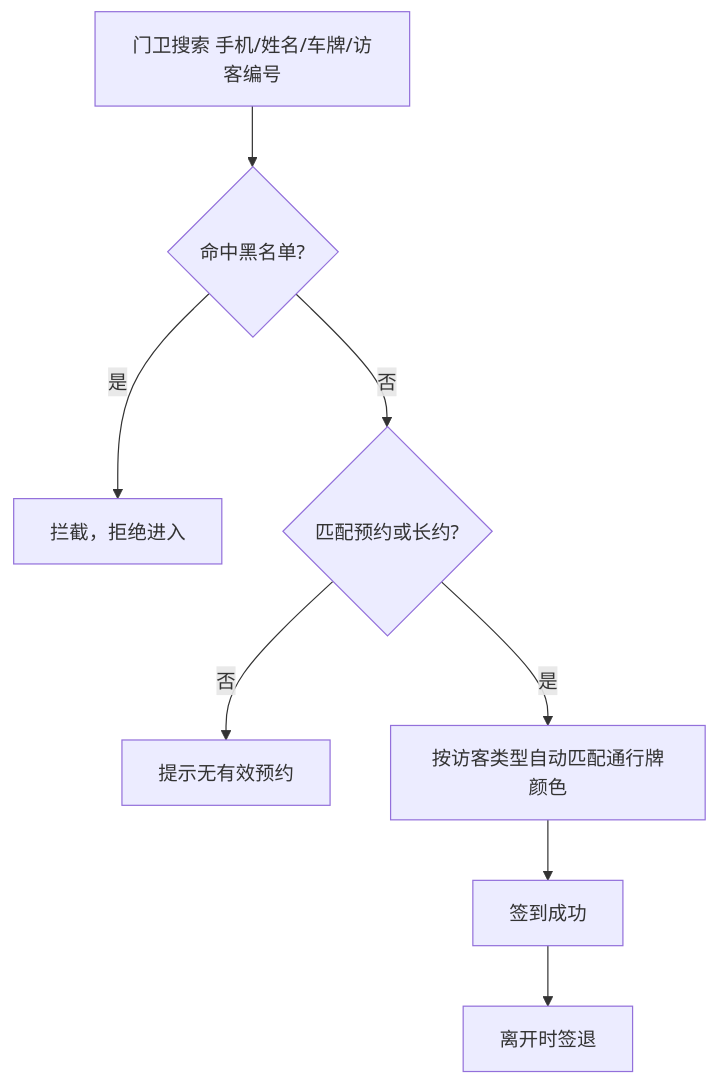
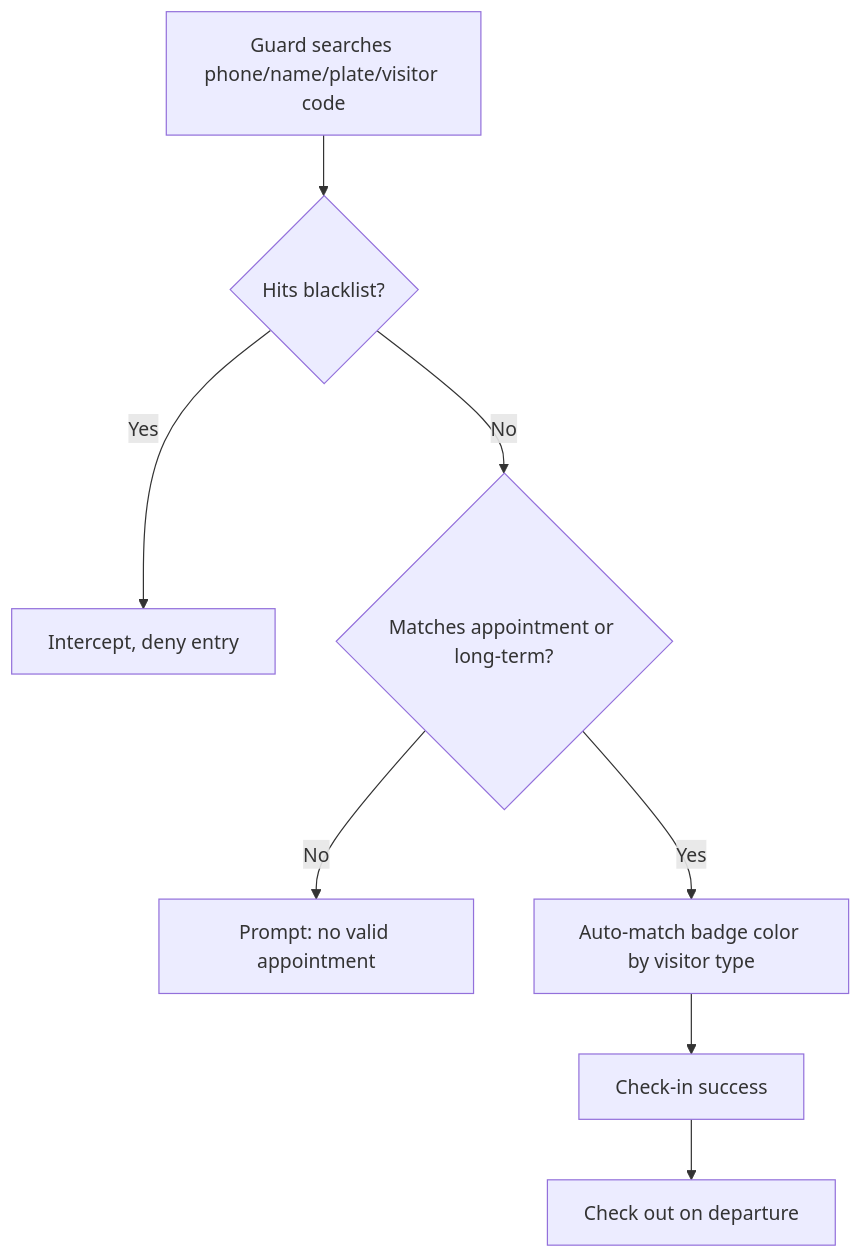
Before and after one commit to wangjiongwei8/visitor-management: the second of 2 diagrams in README.md, drawn with Mermaid. The commit also changed other lines of this file and 13 other files, not shown here.

````diff
--- a/README.md
+++ b/README.md
@@ -76,10 +78,10 @@
 ```mermaid
 flowchart TD
-    A[门卫搜索 手机/姓名/车牌/访客编号] --> B{命中黑名单?}
-    B -->|是| X[拦截，拒绝进入]
-    B -->|否| C{匹配预约或长约?}
-    C -->|否| Y[提示无有效预约]
-    C -->|是| D[按访客类型自动匹配通行牌颜色]
-    D --> E[签到成功]
-    E --> F[离开时签退]
+    A[Guard searches phone/name/plate/visitor code] --> B{Hits blacklist?}
+    B -->|Yes| X[Intercept, deny entry]
+    B -->|No| C{Matches appointment or long-term?}
+    C -->|No| Y[Prompt: no valid appointment]
+    C -->|Yes| D[Auto-match badge color by visitor type]
+    D --> E[Check-in success]
+    E --> F[Check out on departure]
 ```
````
